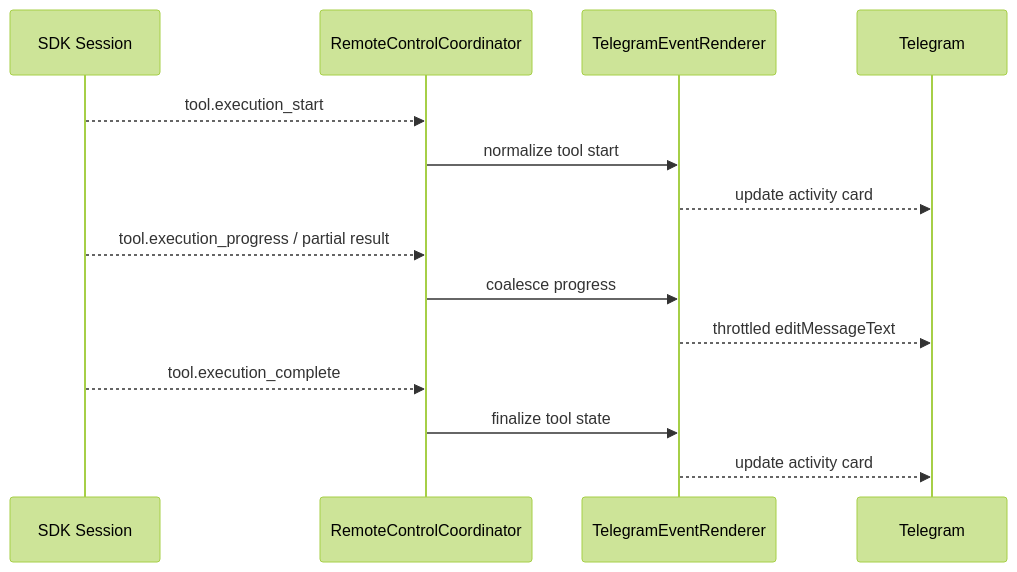
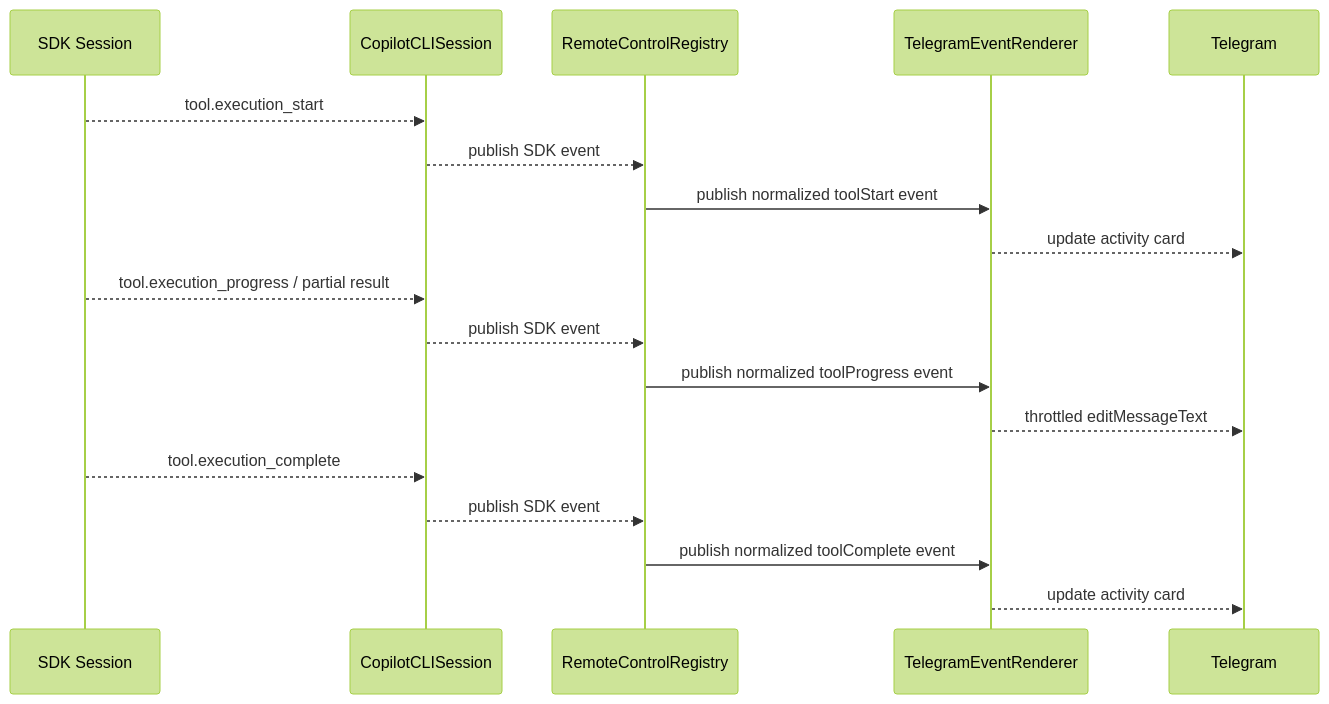
One commit to SachiHarshitha/vscode-telegram changed the seventh of 14 diagrams in extensions/copilot/docs/telegram-remote/CALL_FLOWS.md. Above: the diagram before and after it, drawn with Mermaid (forest theme). The commit also changed other lines of this file and 11 other files, not shown here.

````diff
--- a/extensions/copilot/docs/telegram-remote/CALL_FLOWS.md
+++ b/extensions/copilot/docs/telegram-remote/CALL_FLOWS.md
@@ -146,17 +168,21 @@
 ```mermaid
 sequenceDiagram
     participant SDK as SDK Session
-    participant C as RemoteControlCoordinator
+    participant S as CopilotCLISession
+    participant C as RemoteControlRegistry
     participant E as TelegramEventRenderer
     participant T as Telegram
 
-    SDK-->>C: tool.execution_start
-    C->>E: normalize tool start
+    SDK-->>S: tool.execution_start
+    S-->>C: publish SDK event
+    C->>E: publish normalized toolStart event
     E-->>T: update activity card
-    SDK-->>C: tool.execution_progress / partial result
-    C->>E: coalesce progress
+    SDK-->>S: tool.execution_progress / partial result
+    S-->>C: publish SDK event
+    C->>E: publish normalized toolProgress event
     E-->>T: throttled editMessageText
-    SDK-->>C: tool.execution_complete
-    C->>E: finalize tool state
+    SDK-->>S: tool.execution_complete
+    S-->>C: publish SDK event
+    C->>E: publish normalized toolComplete event
     E-->>T: update activity card
 ```
````
